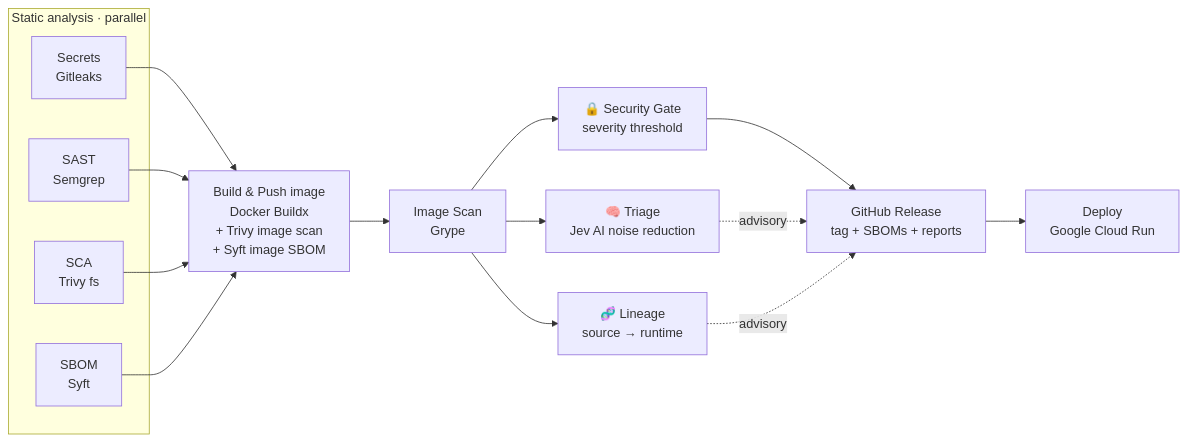
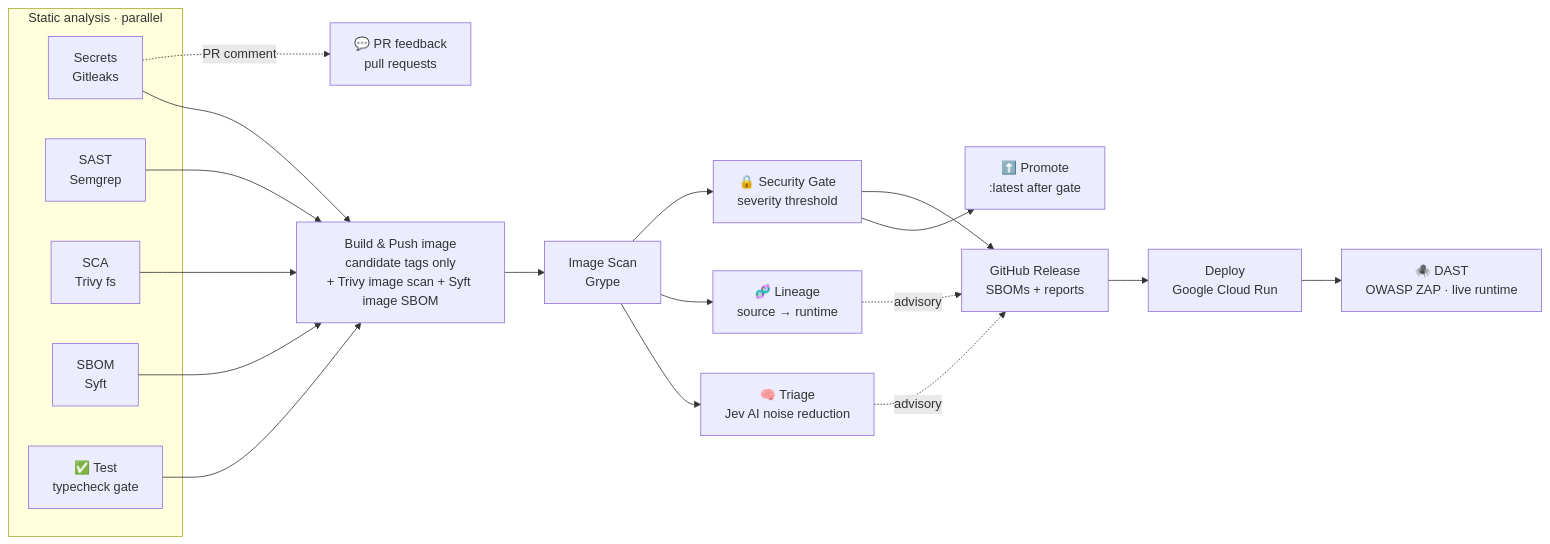
Before and after one commit to billhoph/DevSecOps: the diagram in README.md, drawn with Mermaid. The commit also changed other lines of this file, not shown here.

First line of the commit message:
docs: update README for Test, Promote, DAST and PR-comment stages

````diff
--- a/README.md
+++ b/README.md
@@ -108,22 +110,27 @@
 ```mermaid
 flowchart LR
   subgraph Scan [Static analysis · parallel]
     A[Secrets<br/>Gitleaks]
     B[SAST<br/>Semgrep]
     C[SCA<br/>Trivy fs]
     D[SBOM<br/>Syft]
+    TT[✅ Test<br/>typecheck gate]
   end
   A --> E
   B --> E
   C --> E
   D --> E
-  E[Build &amp; Push image<br/>Docker Buildx<br/>+ Trivy image scan<br/>+ Syft image SBOM]
+  TT --> E
+  E[Build &amp; Push image<br/>candidate tags only<br/>+ Trivy image scan + Syft image SBOM]
   E --> F[Image Scan<br/>Grype]
   F --> T[🧠 Triage<br/>Jev AI noise reduction]
   F --> L[🧬 Lineage<br/>source → runtime]
   F --> J[🔒 Security Gate<br/>severity threshold]
-  J --> G[GitHub Release<br/>tag + SBOMs + reports]
+  J --> P[⬆️ Promote<br/>:latest after gate]
+  J --> G[GitHub Release<br/>SBOMs + reports]
   G --> H[Deploy<br/>Google Cloud Run]
+  H --> Z[🕷️ DAST<br/>OWASP ZAP · live runtime]
   T -.advisory.-> G
   L -.advisory.-> G
+  A -.PR comment.-> PR[💬 PR feedback<br/>pull requests]
 ```
````
